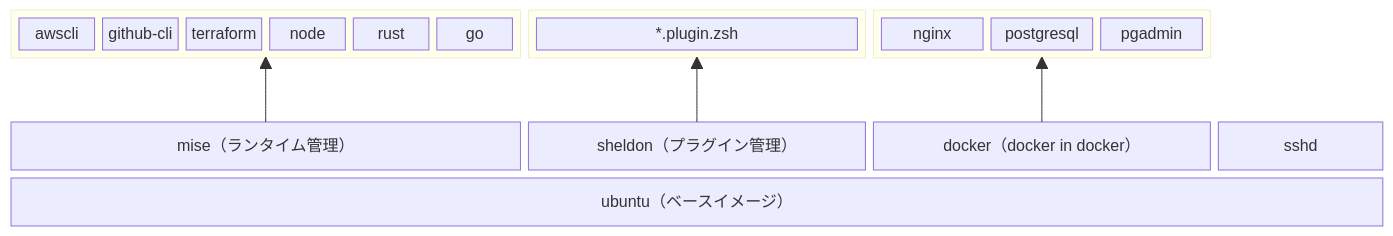
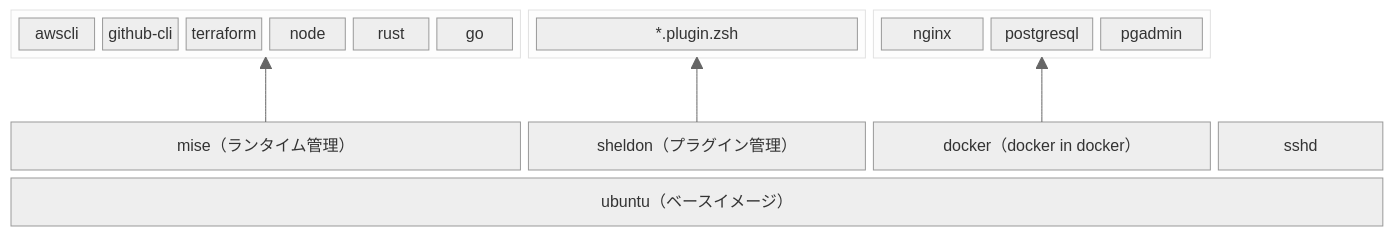
One commit to shinoda-yosuke-lvgs/hello-devcontainer changed the diagram in README.md. Above: the diagram before and after it, drawn with Mermaid. The commit also changed other lines of this file and 4 other files, not shown here.

````diff
--- a/README.md
+++ b/README.md
@@ -32,33 +32,34 @@
 ```mermaid
+%%{init: {'theme':'neutral'}}%%
 block-beta
   columns 8
 
   block:feature1:3
     awscli githubcli["github-cli"] terraform node rust go
   end
     
   block:feature2:2
     zshplugins["*.plugin.zsh"]
   end
 
   block:feature3:2
     nginx
     postgresql
     pgadmin
   end
 
   space:1
 
   space:8
 
   mise["mise（ランタイム管理）"]:3
   sheldon["sheldon（プラグイン管理）"]:2
   dind["docker（docker in docker）"]:2
   sshd["sshd"]:1
 
   ubuntu["ubuntu（ベースイメージ）"]:8
 
   mise --> feature1
   sheldon --> feature2
   dind --> feature3
 ```
````
